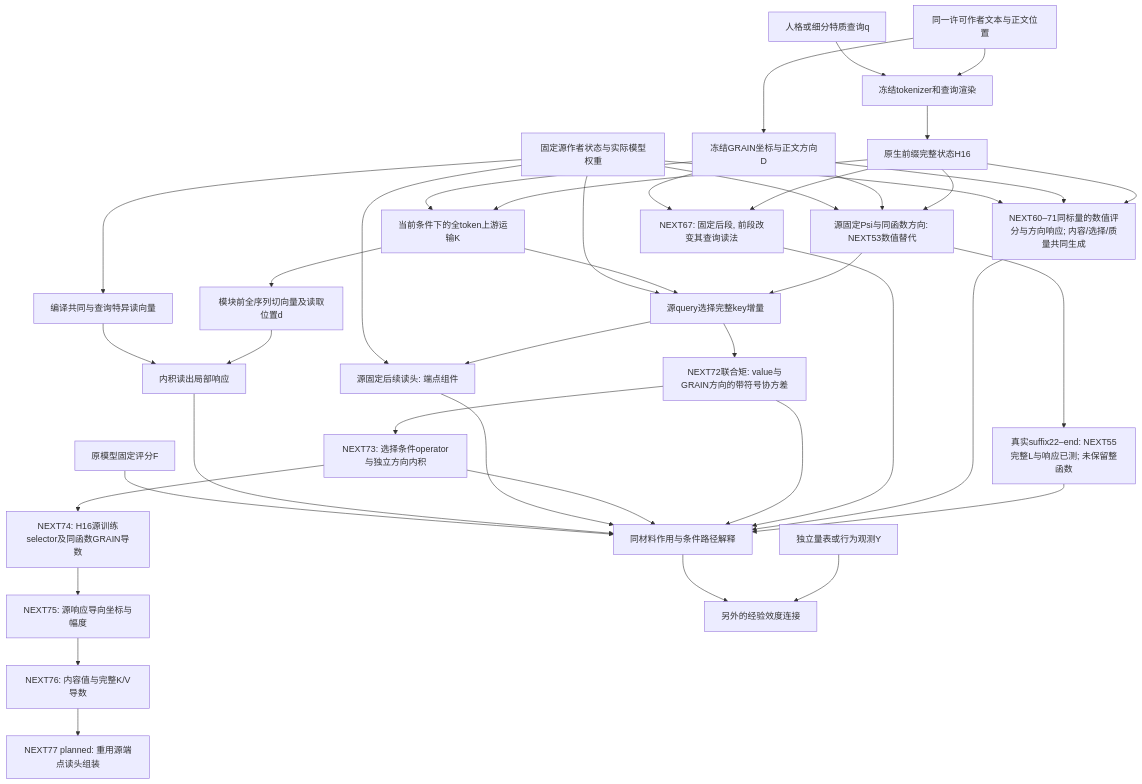
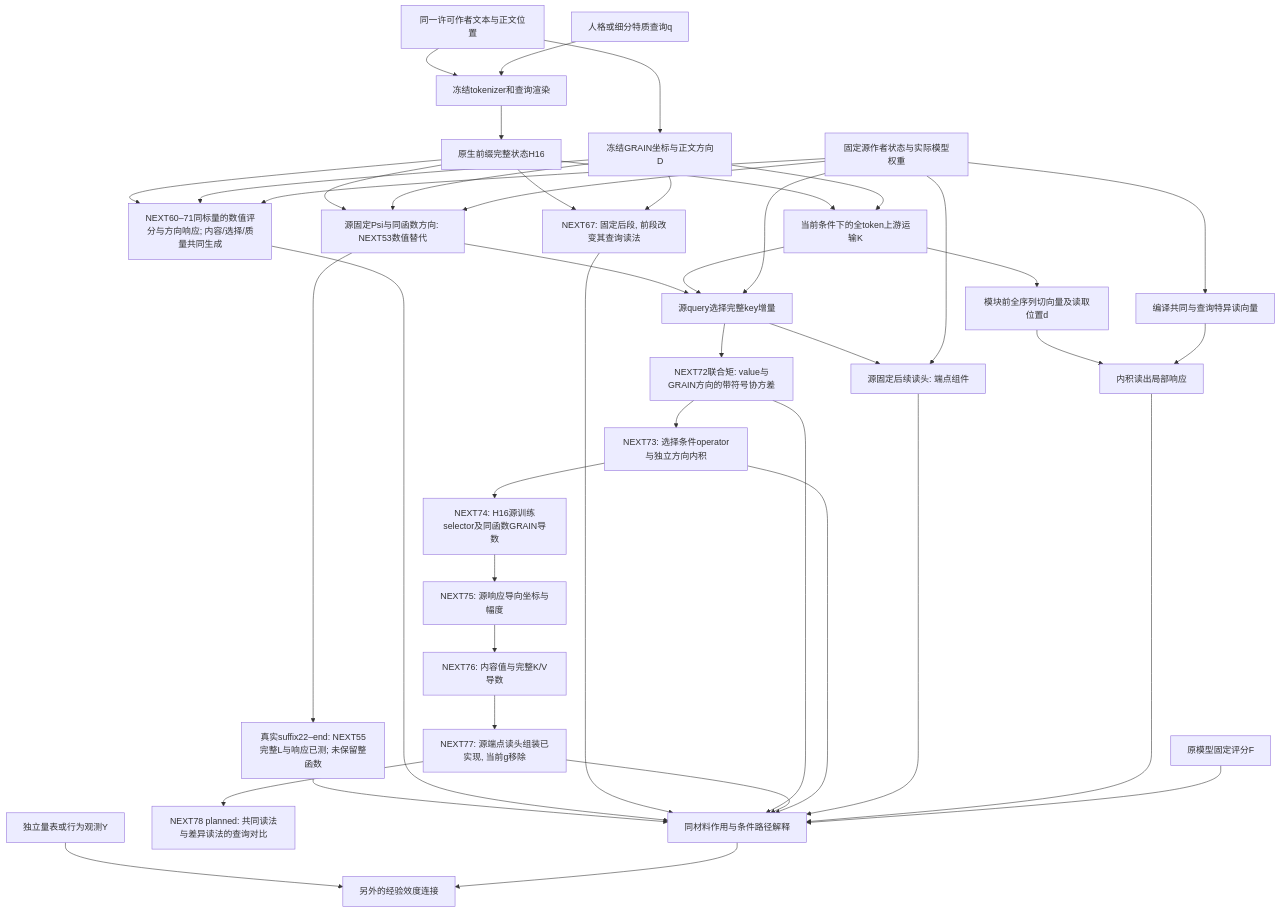
Before and after one commit to reiserhhh/GRAIN: the diagram in docs/GRAIN_UPSTREAM_MECHANISM_INTEGRATION_V1.md, drawn with Mermaid. The commit also changed other lines of this file and 18 other files, not shown here.

````diff
--- a/docs/GRAIN_UPSTREAM_MECHANISM_INTEGRATION_V1.md
+++ b/docs/GRAIN_UPSTREAM_MECHANISM_INTEGRATION_V1.md
@@ -8,43 +8,45 @@
 ```mermaid
 flowchart TD
   T[同一许可作者文本与正文位置] --> G[冻结GRAIN坐标与正文方向D]
   T --> R[冻结tokenizer和查询渲染]
   Q[人格或细分特质查询q] --> R
   R --> H[原生前缀完整状态H16]
   H --> K[当前条件下的全token上游运输K]
   H --> P[源固定Psi与同函数方向: NEXT53数值替代]
   G --> P
   S --> P
   P --> U
   P --> W[真实suffix22–end: NEXT55完整L与响应已测; 未保留整函数]
   W --> J
   H --> Z[NEXT60–71同标量的数值评分与方向响应; 内容/选择/质量共同生成]
   G --> Z
   S --> Z
   Z --> J
   H --> I[NEXT67: 固定后段, 前段改变其查询读法]
   G --> I
   I --> J
   G --> K
   K --> D[模块前全序列切向量及读取位置d]
   S[固定源作者状态与实际模型权重] --> V[编译共同与查询特异读向量]
   D --> A[内积读出局部响应]
   V --> A
   K --> U[源query选择完整key增量]
   S --> U
   U --> M[NEXT72联合矩: value与GRAIN方向的带符号协方差]
   M --> J
   M --> O[NEXT73: 选择条件operator与独立方向内积]
   O --> P74[NEXT74: H16源训练selector及同函数GRAIN导数]
   P74 --> P75[NEXT75: 源响应导向坐标与幅度]
   P75 --> P76[NEXT76: 内容值与完整K/V导数]
-  P76 --> P77[NEXT77 planned: 重用源端点读头组装]
+  P76 --> P77[NEXT77: 源端点读头组装已实现, 当前g移除]
+  P77 --> J
+  P77 --> P78[NEXT78 planned: 共同读法与差异读法的查询对比]
   O --> J
   U --> C[源固定后续读头: 端点组件]
   S --> C
   C --> J
   A --> J[同材料作用与条件路径解释]
   F[原模型固定评分F] --> J
   Y[独立量表或行为观测Y] --> E[另外的经验效度连接]
   J --> E
 ```
````
